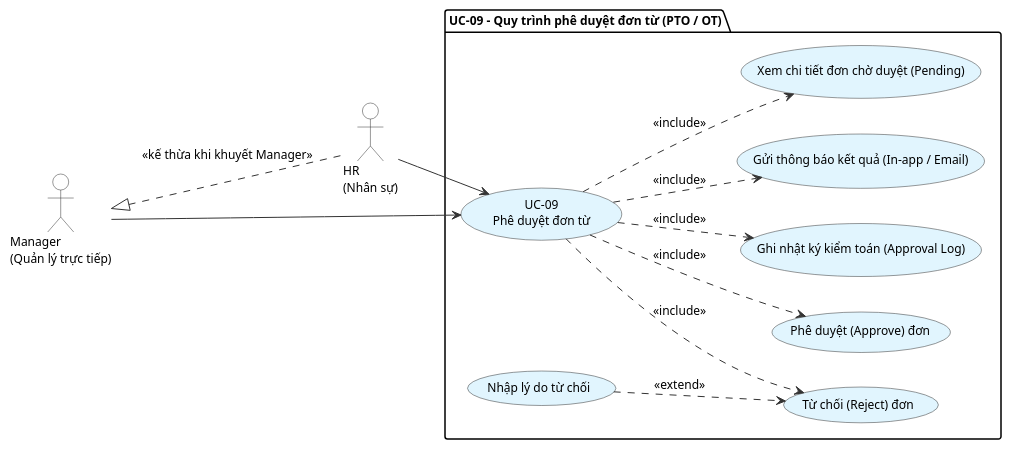
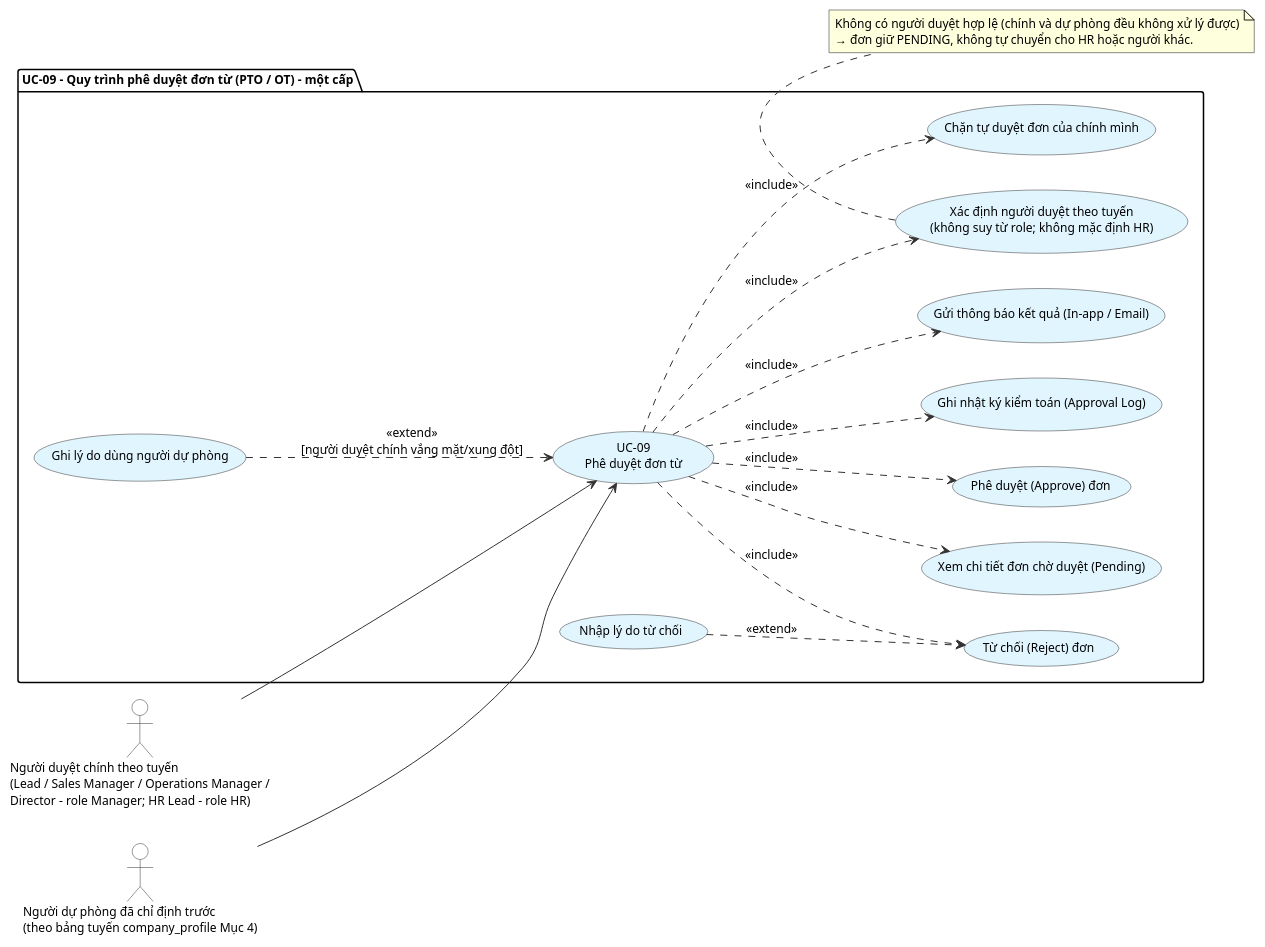
The diagram in docs/uml/usecase/uc09_approval_workflow.puml (gihan160306/HRFlow), drawn with PlantUML before and after one commit. The commit also changed 16 other files, not shown here.

```diff
--- a/docs/uml/usecase/uc09_approval_workflow.puml
+++ b/docs/uml/usecase/uc09_approval_workflow.puml
@@ -1,53 +1,62 @@
 @startuml uc09_approval_workflow
 skinparam defaultFontColor #000000
 skinparam defaultFontSize 12
 skinparam backgroundColor #FFFFFF
 
 skinparam actor {
     BorderColor #333333
     BackgroundColor #FFFFFF
     FontColor #000000
 }
 
 skinparam usecase {
     BorderColor #333333
     BackgroundColor #E1F5FE
     FontColor #000000
     ArrowColor #333333
     ArrowFontColor #000000
 }
 
 skinparam package {
     BorderColor #000000
     FontColor #000000
     BackgroundColor #FFFFFF
 }
 
 left to right direction
 
-actor "Manager\n(Quản lý trực tiếp)" as Manager
-actor "HR\n(Nhân sự)" as HR
+actor "Người duyệt chính theo tuyến\n(Lead / Sales Manager / Operations Manager /\nDirector – role Manager; HR Lead – role HR)" as Primary
+actor "Người dự phòng đã chỉ định trước\n(theo bảng tuyến company_profile Mục 4)" as Backup
 
-HR .up.|> Manager : <<kế thừa khi khuyết Manager>>
-
-package "UC-09 - Quy trình phê duyệt đơn từ (PTO / OT)" {
+package "UC-09 - Quy trình phê duyệt đơn từ (PTO / OT) – một cấp" {
     usecase "UC-09\nPhê duyệt đơn từ" as UC09
+    usecase "Xác định người duyệt theo tuyến\n(không suy từ role; không mặc định HR)" as UC_Route
+    usecase "Chặn tự duyệt đơn của chính mình" as UC_NoSelf
+    usecase "Ghi lý do dùng người dự phòng" as UC_BackupReason
     usecase "Xem chi tiết đơn chờ duyệt (Pending)" as UC_View
     usecase "Phê duyệt (Approve) đơn" as UC_Approve
     usecase "Từ chối (Reject) đơn" as UC_Reject
     usecase "Nhập lý do từ chối" as UC_Reason
     usecase "Ghi nhật ký kiểm toán (Approval Log)" as UC_Log
     usecase "Gửi thông báo kết quả (In-app / Email)" as UC_Notif
 }
 
-Manager --> UC09
-HR --> UC09
+Primary --> UC09
+Backup --> UC09
 
+UC09 ..> UC_Route : <<include>>
+UC09 ..> UC_NoSelf : <<include>>
+UC_BackupReason ..> UC09 : <<extend>>\n[người duyệt chính vắng mặt/xung đột]
 UC09 ..> UC_View : <<include>>
 UC09 ..> UC_Approve : <<include>>
 UC09 ..> UC_Reject : <<include>>
 UC_Reason ..> UC_Reject : <<extend>>
 UC09 ..> UC_Log : <<include>>
 UC09 ..> UC_Notif : <<include>>
 
+note bottom of UC_Route
+  Không có người duyệt hợp lệ (chính và dự phòng đều không xử lý được)
+  → đơn giữ PENDING, không tự chuyển cho HR hoặc người khác.
+end note
+
 @enduml
```
